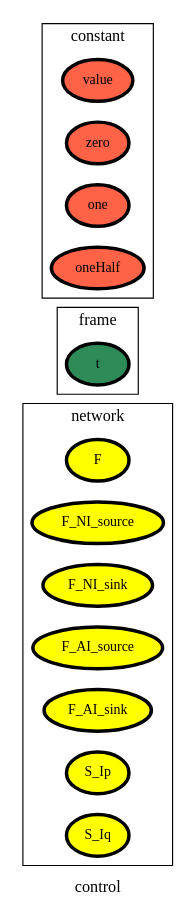
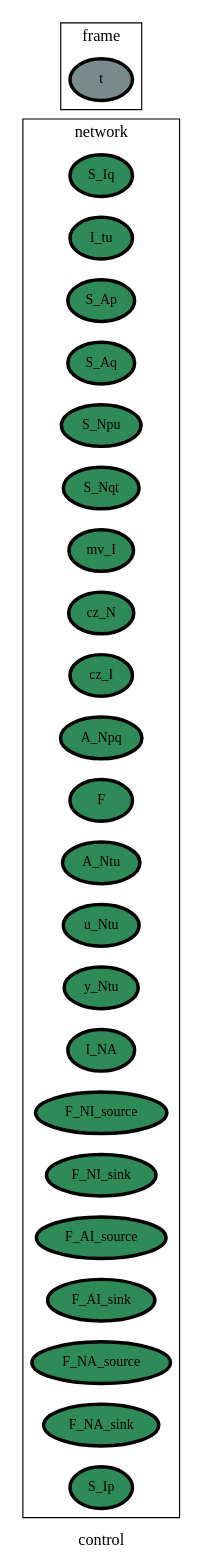
Before and after one commit to heinz-preisig/processes_starter: the diagram in ontology_graphs/graph__control.dot, drawn with Graphviz. The commit also changed 81 other files, not shown here.

```diff
--- a/ontology_graphs/graph__control.dot
+++ b/ontology_graphs/graph__control.dot
@@ -1,61 +1,72 @@
 digraph control {
 label=control;
 rankdir=LR;
 subgraph cluster_control___dataFlow {
 label=dataFlow;
 rankdir=LR;
 }
 
 subgraph cluster_control___input {
 label=input;
 rankdir=LR;
 }
 
 subgraph cluster_control___output {
 label=output;
 rankdir=LR;
 }
 
 subgraph cluster_control___network {
 label=network;
 rankdir=LR;
-V_2 [fillcolor=yellow, fontsize=12, label=F, penwidth=3, style=filled];
-V_3 [fillcolor=yellow, fontsize=12, label=F_NI_source, penwidth=3, style=filled];
-V_4 [fillcolor=yellow, fontsize=12, label=F_NI_sink, penwidth=3, style=filled];
-V_5 [fillcolor=yellow, fontsize=12, label=F_AI_source, penwidth=3, style=filled];
-V_6 [fillcolor=yellow, fontsize=12, label=F_AI_sink, penwidth=3, style=filled];
-V_7 [fillcolor=yellow, fontsize=12, label=S_Ip, penwidth=3, style=filled];
-V_8 [fillcolor=yellow, fontsize=12, label=S_Iq, penwidth=3, style=filled];
+V_10 [fillcolor=seagreen, fontsize=12, label=S_Iq, penwidth=3, style=filled];
+V_11 [fillcolor=seagreen, fontsize=12, label=I_tu, penwidth=3, style=filled];
+V_12 [fillcolor=seagreen, fontsize=12, label=S_Ap, penwidth=3, style=filled];
+V_13 [fillcolor=seagreen, fontsize=12, label=S_Aq, penwidth=3, style=filled];
+V_14 [fillcolor=seagreen, fontsize=12, label=S_Npu, penwidth=3, style=filled];
+V_15 [fillcolor=seagreen, fontsize=12, label=S_Nqt, penwidth=3, style=filled];
+V_16 [fillcolor=seagreen, fontsize=12, label=mv_I, penwidth=3, style=filled];
+V_17 [fillcolor=seagreen, fontsize=12, label=cz_N, penwidth=3, style=filled];
+V_18 [fillcolor=seagreen, fontsize=12, label=cz_I, penwidth=3, style=filled];
+V_19 [fillcolor=seagreen, fontsize=12, label=A_Npq, penwidth=3, style=filled];
+V_2 [fillcolor=seagreen, fontsize=12, label=F, penwidth=3, style=filled];
+V_20 [fillcolor=seagreen, fontsize=12, label=A_Ntu, penwidth=3, style=filled];
+V_21 [fillcolor=seagreen, fontsize=12, label=u_Ntu, penwidth=3, style=filled];
+V_22 [fillcolor=seagreen, fontsize=12, label=y_Ntu, penwidth=3, style=filled];
+V_27 [fillcolor=seagreen, fontsize=12, label=I_NA, penwidth=3, style=filled];
+V_3 [fillcolor=seagreen, fontsize=12, label=F_NI_source, penwidth=3, style=filled];
+V_4 [fillcolor=seagreen, fontsize=12, label=F_NI_sink, penwidth=3, style=filled];
+V_5 [fillcolor=seagreen, fontsize=12, label=F_AI_source, penwidth=3, style=filled];
+V_6 [fillcolor=seagreen, fontsize=12, label=F_AI_sink, penwidth=3, style=filled];
+V_7 [fillcolor=seagreen, fontsize=12, label=F_NA_source, penwidth=3, style=filled];
+V_8 [fillcolor=seagreen, fontsize=12, label=F_NA_sink, penwidth=3, style=filled];
+V_9 [fillcolor=seagreen, fontsize=12, label=S_Ip, penwidth=3, style=filled];
 }
 
 subgraph cluster_control___frame {
 label=frame;
 rankdir=LR;
-V_1 [fillcolor=seagreen4, fontsize=12, label=t, penwidth=3, style=filled];
+V_1 [fillcolor=lightcyan4, fontsize=12, label=t, penwidth=3, style=filled];
 }
 
 subgraph cluster_control___state {
 label=state;
 rankdir=LR;
 }
 
 subgraph cluster_control___constant {
 label=constant;
 rankdir=LR;
-V_101 [fillcolor=tomato, fontsize=12, label=value, penwidth=3, style=filled];
-V_102 [fillcolor=tomato, fontsize=12, label=zero, penwidth=3, style=filled];
-V_103 [fillcolor=tomato, fontsize=12, label=one, penwidth=3, style=filled];
-V_104 [fillcolor=tomato, fontsize=12, label=oneHalf, penwidth=3, style=filled];
 }
 
 subgraph cluster_control___diffState {
 label=diffState;
 rankdir=LR;
 }
 
 subgraph cluster_control___algebraic {
 label=algebraic;
 rankdir=LR;
 }
 
 }
```
